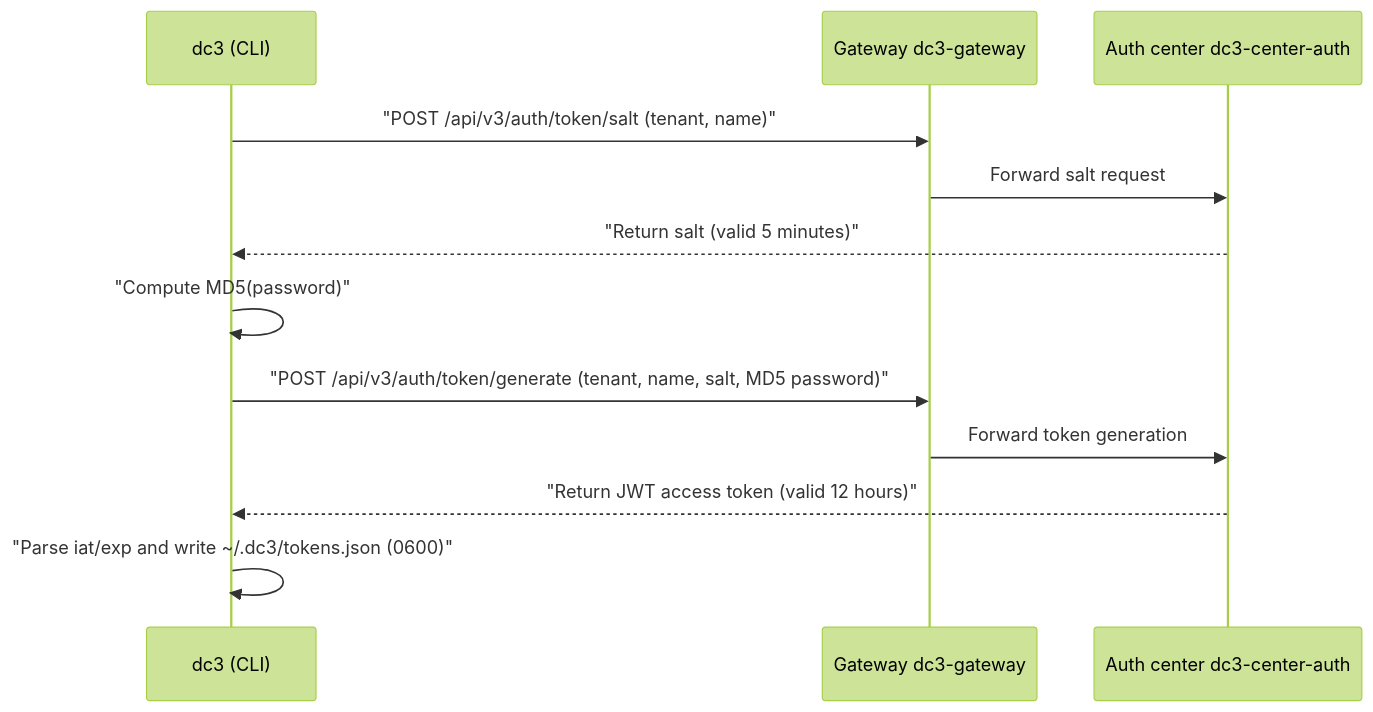
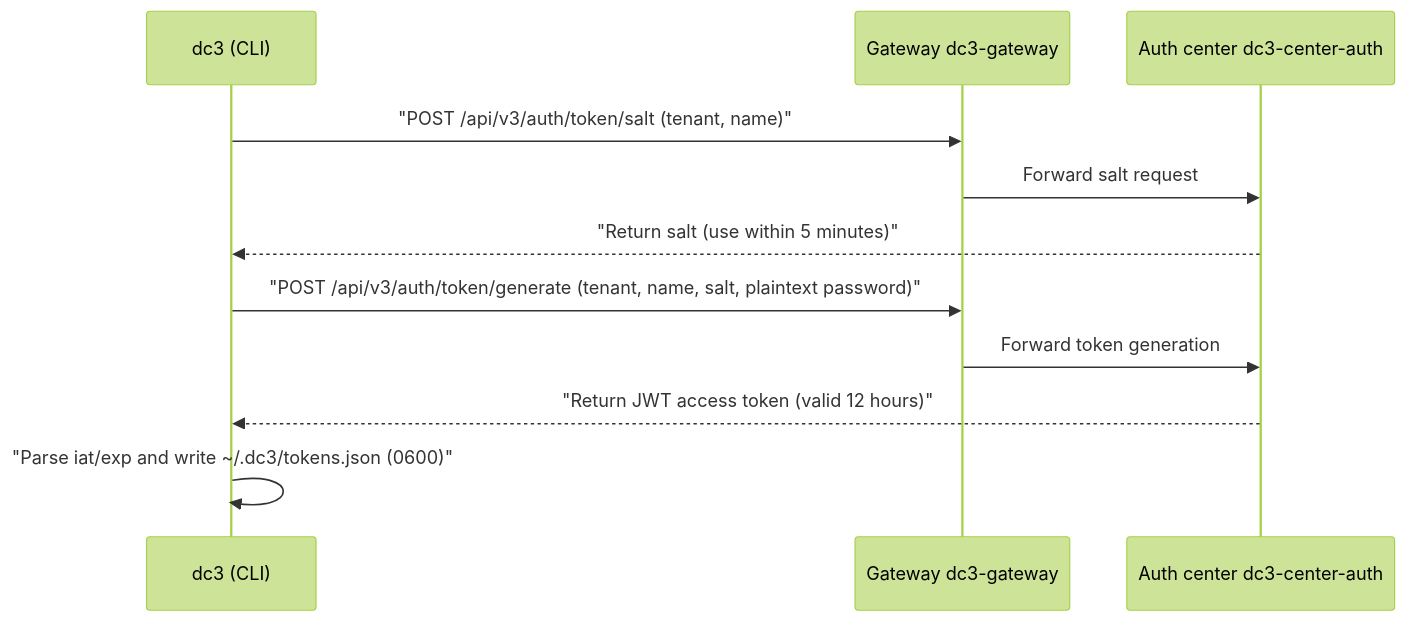
Before and after one commit to pnoker/iot-dc3: the first of 3 diagrams in docs/en/automation/cli.md, drawn with Mermaid (forest theme). The commit also changed other lines of this file and 64 other files, not shown here.

First line of the commit message:
docs: update documentation, architecture diagrams and superpowers analysis

````diff
--- a/docs/en/automation/cli.md
+++ b/docs/en/automation/cli.md
@@ -49,14 +49,13 @@
 ```mermaid
 sequenceDiagram
     participant CLI as dc3 (CLI)
     participant GW as Gateway dc3-gateway
     participant Auth as Auth center dc3-center-auth
     CLI->>GW: "POST /api/v3/auth/token/salt (tenant, name)"
     GW->>Auth: Forward salt request
-    Auth-->>CLI: "Return salt (valid 5 minutes)"
-    CLI->>CLI: "Compute MD5(password)"
-    CLI->>GW: "POST /api/v3/auth/token/generate (tenant, name, salt, MD5 password)"
+    Auth-->>CLI: "Return salt (use within 5 minutes)"
+    CLI->>GW: "POST /api/v3/auth/token/generate (tenant, name, salt, plaintext password)"
     GW->>Auth: Forward token generation
     Auth-->>CLI: "Return JWT access token (valid 12 hours)"
     CLI->>CLI: "Parse iat/exp and write ~/.dc3/tokens.json (0600)"
 ```
````
